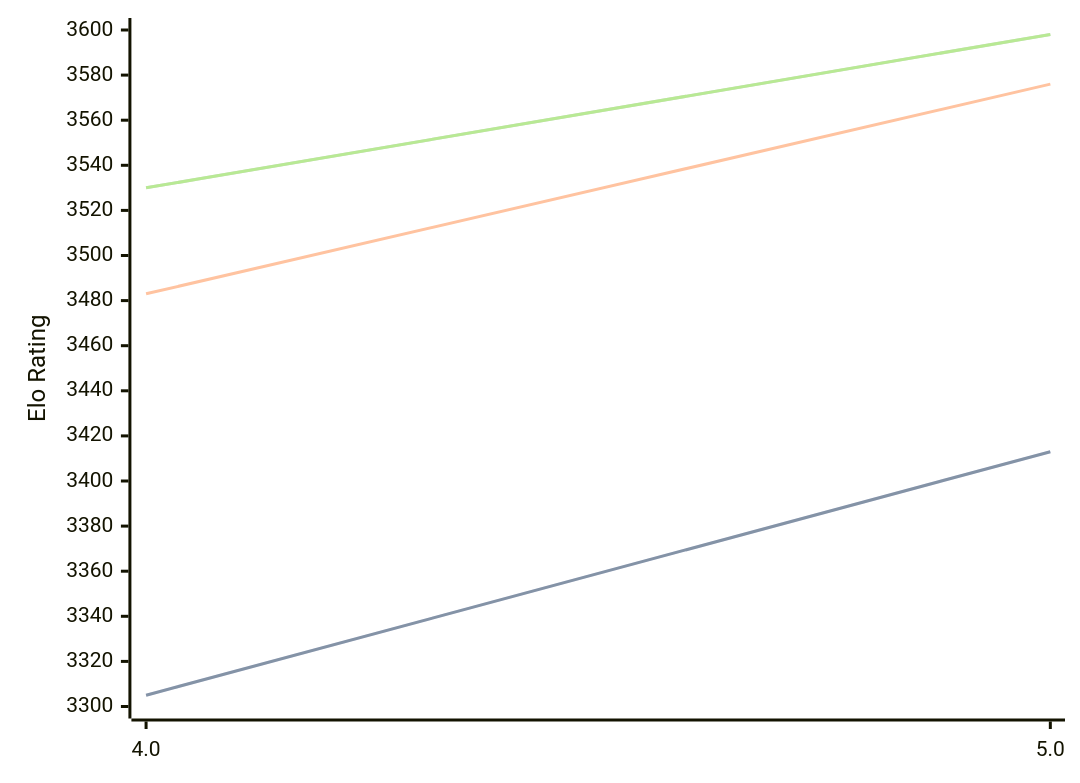
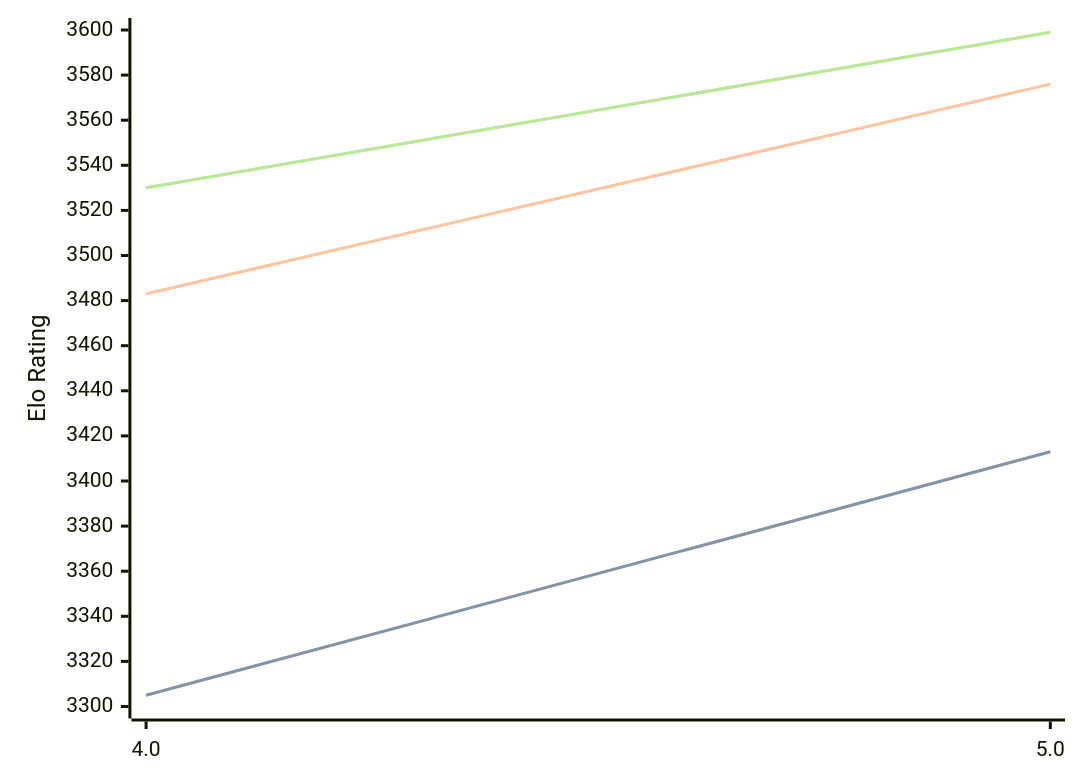
The diagram in engines/Tarnished.md (computer-chess-index/cci), drawn with Mermaid before and after one commit. The commit also changed other lines of this file, not shown here.

Commit message:
Update CCI Ratings (ELO VLTC) - 2026-05-17

````diff
--- a/engines/Tarnished.md
+++ b/engines/Tarnished.md
@@ -36,11 +36,11 @@
 ```mermaid
 %%{init: {"theme":"base","themeVariables":{"seriesColors:['#a3a3a3','#222221','#faa371']}}}%%
 xychart-beta
   x-axis ["4.0", "5.0"]
   y-axis "Elo Rating" 3300 --> 3600
   line "STC (8.0+0.08s)" [3305, 3413]
   line "STC (8.0+0.08s)" [3305, 3413]
   line "LTC (60.0+0.60s)" [3483, 3576]
-  line "VLTC (2m24s+1.12s)" [3530, 3598]
-  line "VLTC (2m24s+1.12s)" [3530, 3598]
+  line "VLTC (2m24s+1.12s)" [3530, 3599]
+  line "VLTC (2m24s+1.12s)" [3530, 3599]
 ```
````
